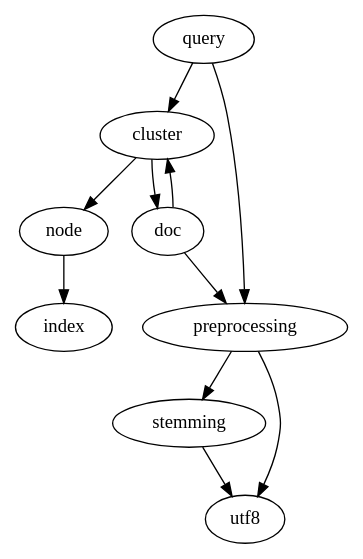
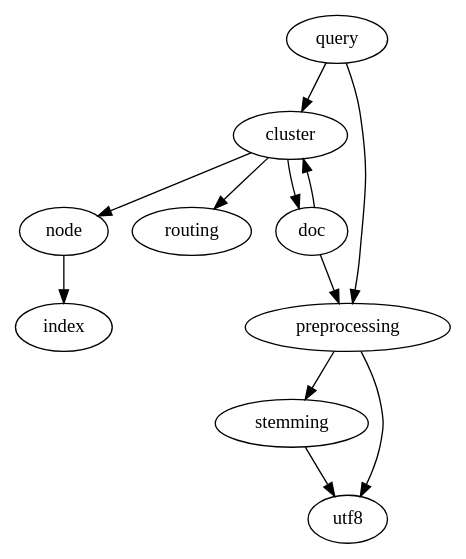
Before and after one commit to moretea/doko: the diagram in doc/apps-dependencies.dot, drawn with Graphviz. The commit also changed 1 other file, not shown here.

Commit message:
Modify call dependencies graph

```diff
--- a/doc/apps-dependencies.dot
+++ b/doc/apps-dependencies.dot
@@ -1,12 +1,13 @@
 digraph g {
-        cluster       -> doc;
-        cluster       -> "node";
-        doc           -> cluster;
-        doc           -> preprocessing;
-        "node"        -> index;
-        preprocessing -> stemming;
-        preprocessing -> utf8;
-        query         -> cluster;
-        query         -> preprocessing;
-        stemming      -> utf8;
+        "cluster" -> "doc";
+        "cluster" -> "node";
+        "cluster" -> "routing";
+        "doc" -> "cluster";
+        "doc" -> "preprocessing";
+        "node" -> "index";
+        "preprocessing" -> "stemming";
+        "preprocessing" -> "utf8";
+        "query" -> "cluster";
+        "query" -> "preprocessing";
+        "stemming" -> "utf8";
 }
```
